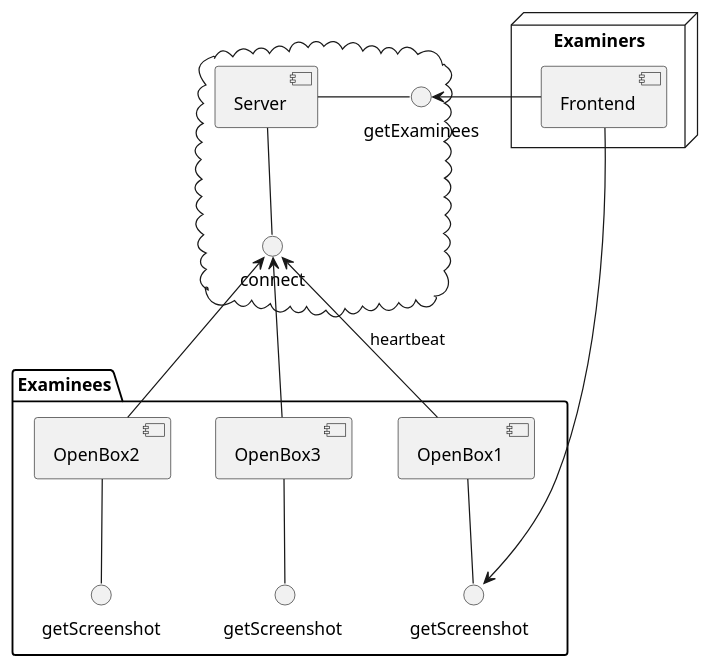
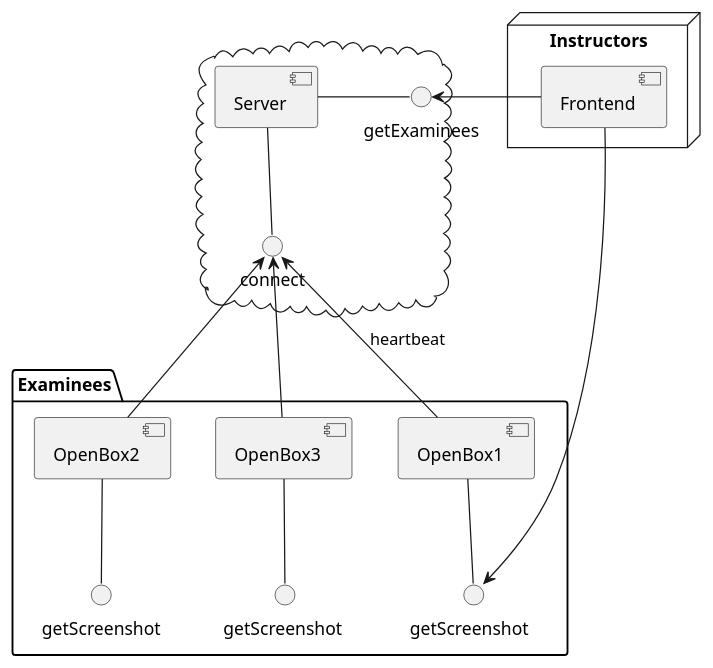
The diagram in asciidocs/slides/plantuml/architecture.puml (2324-4bhif-syp/2324-4bhif-syp-project-franklyn), drawn with PlantUML before and after one commit.

Commit message:
docs: Examiners -> Instructors

```diff
--- a/asciidocs/slides/plantuml/architecture.puml
+++ b/asciidocs/slides/plantuml/architecture.puml
@@ -1,22 +1,22 @@
 @startuml
 package Examinees {
     [OpenBox1] -- "getScreenshot  "
     [OpenBox2] -- "getScreenshot"
     [OpenBox3] -- "getScreenshot "
 }
 
 cloud {
     [Server] -- "connect"
     [Server] -right- "getExaminees" : "           "
 }
 
-node Examiners {
+node Instructors {
     [Frontend]
 }
 
 [OpenBox1] -up-> "connect" : "heartbeat"
 [OpenBox2] -up-> "connect"
 [OpenBox3] -up-> "connect"
 [Frontend] -left-> "getExaminees" : "               "
 [Frontend] -down-> "getScreenshot  "
 @enduml
```
